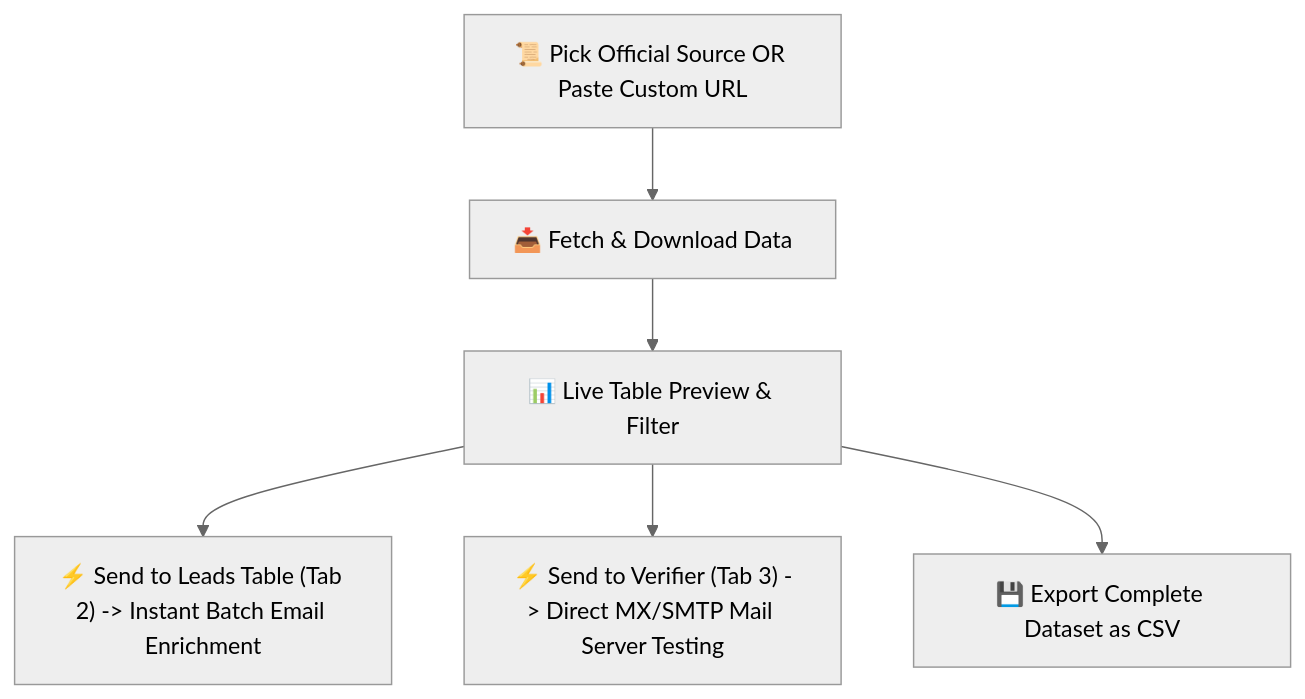
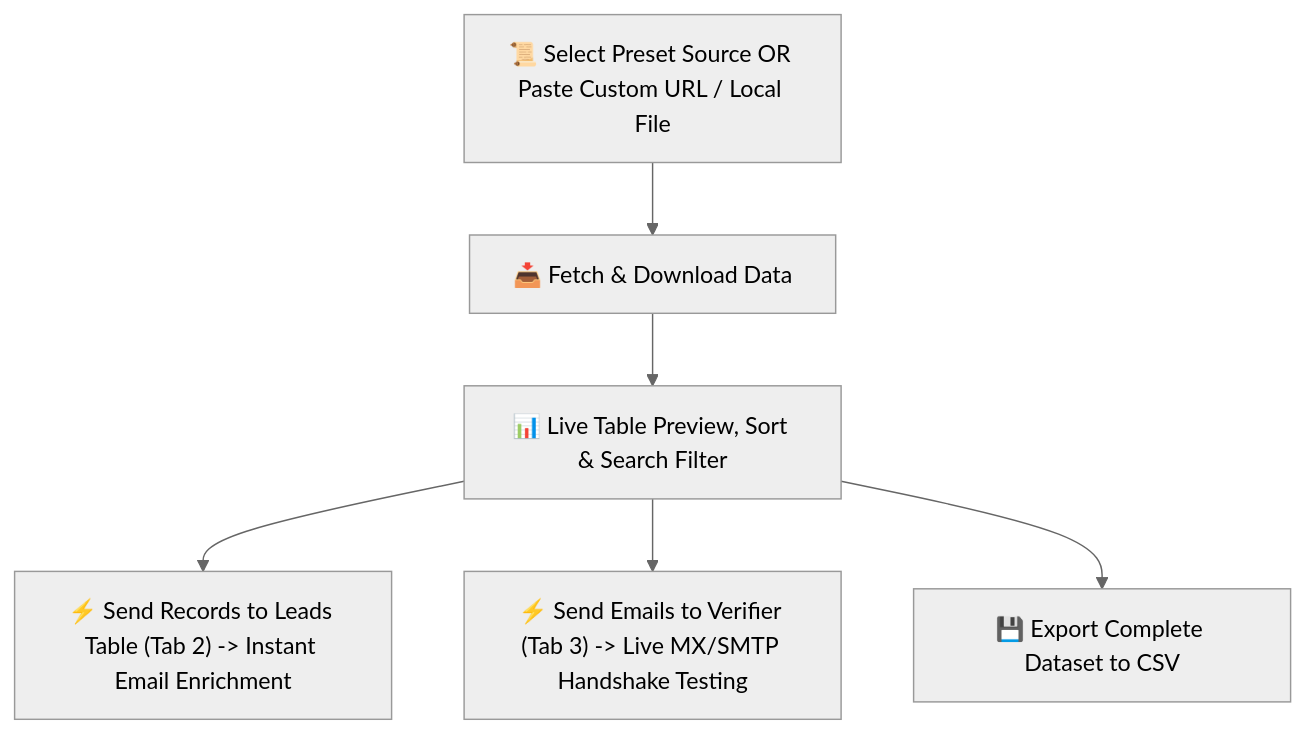
Before and after one commit to cankalsoftware/Google-Scrape: the sixth of 6 diagrams in USER_GUIDE.md, drawn with Mermaid (neutral theme). The commit also changed other lines of this file and 5 other files, not shown here.

````diff
--- a/USER_GUIDE.md
+++ b/USER_GUIDE.md
@@ -370,8 +350,8 @@
 ```mermaid
 graph TD
-    A["📜 Pick Official Source OR Paste Custom URL"] --> B["📥 Fetch & Download Data"]
-    B --> C["📊 Live Table Preview & Filter"]
-    C --> D1["⚡ Send to Leads Table (Tab 2) -> Instant Batch Email Enrichment"]
-    C --> D2["⚡ Send to Verifier (Tab 3) -> Direct MX/SMTP Mail Server Testing"]
-    C --> D3["💾 Export Complete Dataset as CSV"]
+    A["📜 Select Preset Source OR Paste Custom URL / Local File"] --> B["📥 Fetch & Download Data"]
+    B --> C["📊 Live Table Preview, Sort & Search Filter"]
+    C --> D1["⚡ Send Records to Leads Table (Tab 2) -> Instant Email Enrichment"]
+    C --> D2["⚡ Send Emails to Verifier (Tab 3) -> Live MX/SMTP Handshake Testing"]
+    C --> D3["💾 Export Complete Dataset to CSV"]
 ```
````
